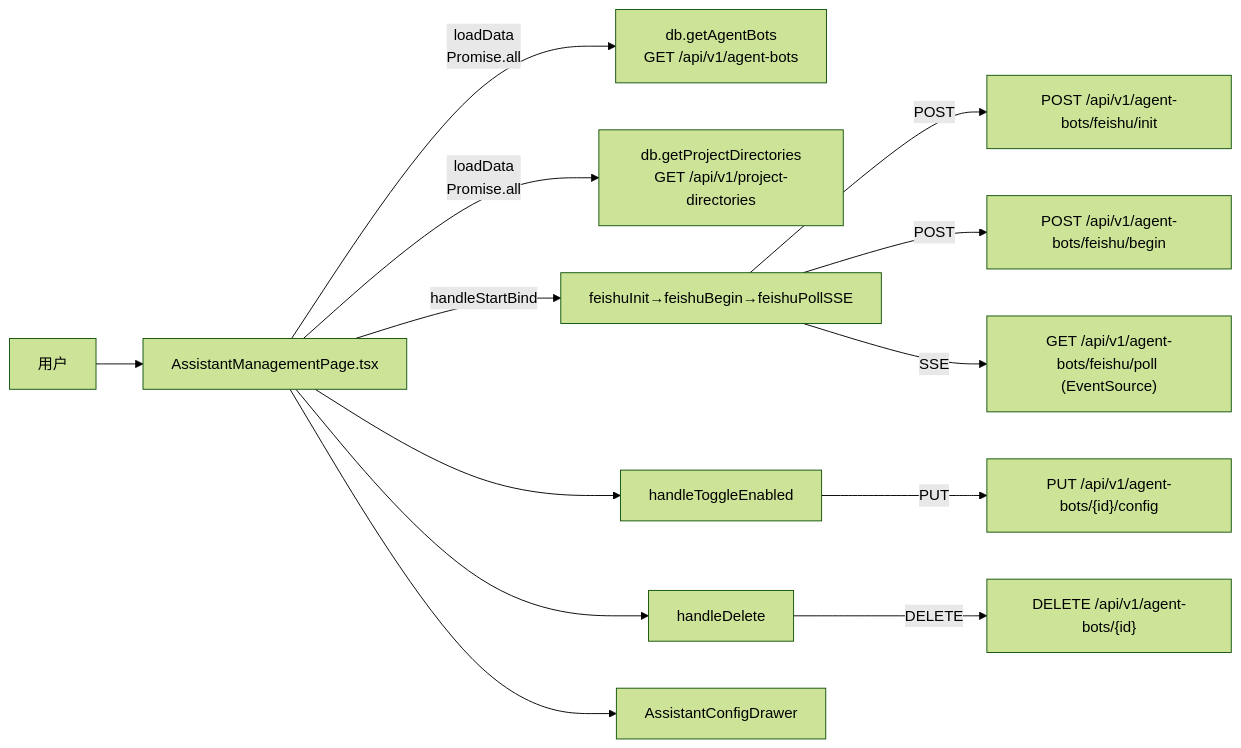
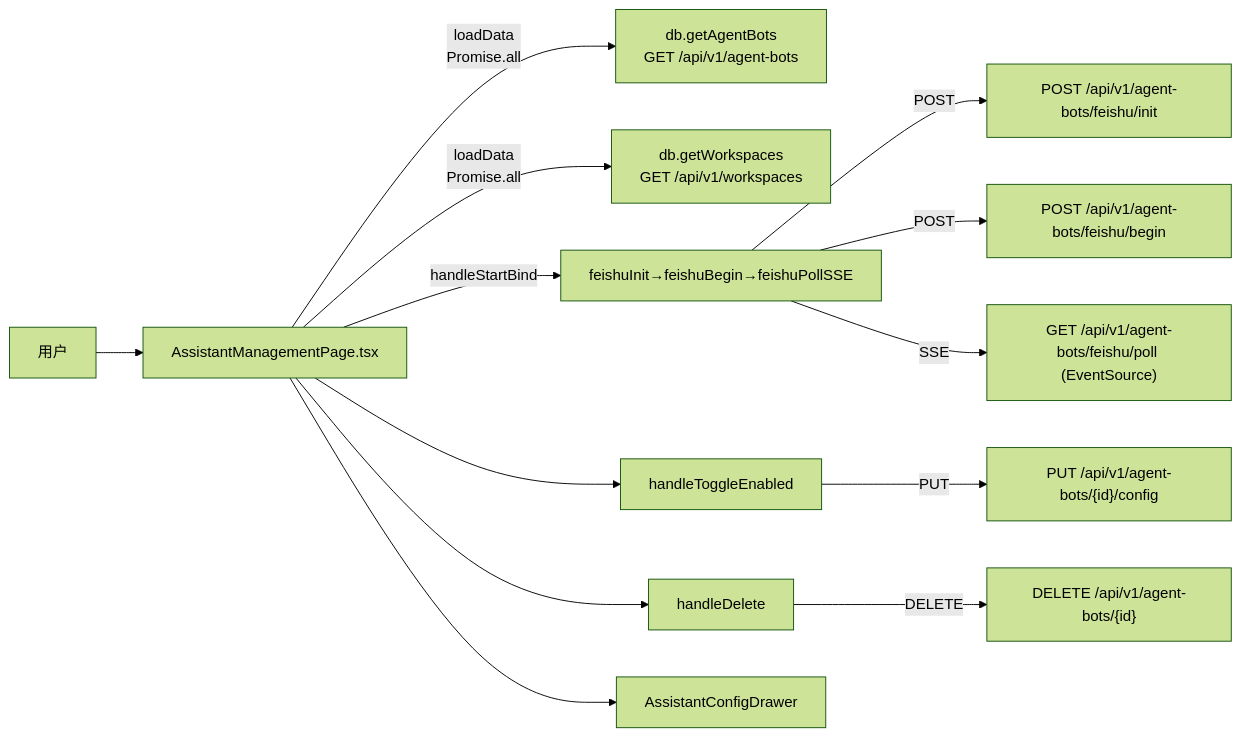
One commit to weibaohui/ntd changed the diagram in frontend/src/help/pages/settings-bots.md. Above: the diagram before and after it, drawn with Mermaid (forest theme). The commit also changed 122 other files, not shown here.

````diff
--- a/frontend/src/help/pages/settings-bots.md
+++ b/frontend/src/help/pages/settings-bots.md
@@ -11,15 +11,15 @@
 ```mermaid
 flowchart LR
   User["用户"] --> Page["AssistantManagementPage.tsx"]
   Page -->|"loadData<br>Promise.all"| API1["db.getAgentBots<br>GET /api/v1/agent-bots"]
-  Page -->|"loadData<br>Promise.all"| API2["db.getProjectDirectories<br>GET /api/v1/project-directories"]
+  Page -->|"loadData<br>Promise.all"| API2["db.getWorkspaces<br>GET /api/v1/workspaces"]
   Page -->|"handleStartBind"| BindFlow["feishuInit→feishuBegin→feishuPollSSE"]
   BindFlow -->|"POST"| API3["POST /api/v1/agent-bots/feishu/init"]
   BindFlow -->|"POST"| API4["POST /api/v1/agent-bots/feishu/begin"]
   BindFlow -->|"SSE"| API5["GET /api/v1/agent-bots/feishu/poll (EventSource)"]
   Page --> handleToggleEnabled["handleToggleEnabled"]
   handleToggleEnabled -->|"PUT"| API6["PUT /api/v1/agent-bots/{id}/config"]
   Page --> handleDelete["handleDelete"]
   handleDelete -->|"DELETE"| API7["DELETE /api/v1/agent-bots/{id}"]
   Page --> AssistantConfigDrawer["AssistantConfigDrawer"]
 ```
````
